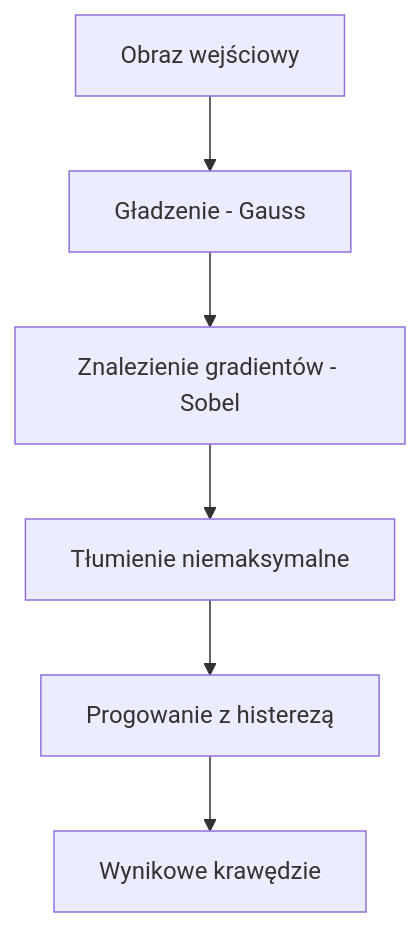
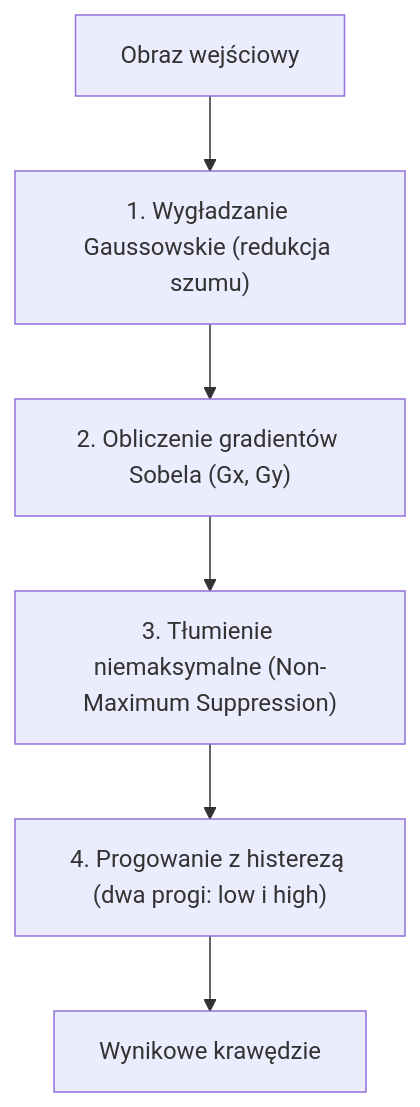
The third of 5 diagrams in lectures/05_morphology_and_edges.md (zacniewski/digital-image-processing-exercises), drawn with Mermaid before and after one commit. The commit also changed other lines of this file and 6 other files, not shown here.

````diff
--- a/lectures/05_morphology_and_edges.md
+++ b/lectures/05_morphology_and_edges.md
@@ -85,8 +274,8 @@
 ```mermaid
 graph TD
-    A[Obraz wejściowy] --> B[Gładzenie - Gauss]
-    B --> C[Znalezienie gradientów - Sobel]
-    C --> D[Tłumienie niemaksymalne]
-    D --> E[Progowanie z histerezą]
+    A[Obraz wejściowy] --> B["1. Wygładzanie Gaussowskie (redukcja szumu)"]
+    B --> C["2. Obliczenie gradientów Sobela (Gx, Gy)"]
+    C --> D["3. Tłumienie niemaksymalne (Non-Maximum Suppression)"]
+    D --> E["4. Progowanie z histerezą (dwa progi: low i high)"]
     E --> F[Wynikowe krawędzie]
 ```
````
